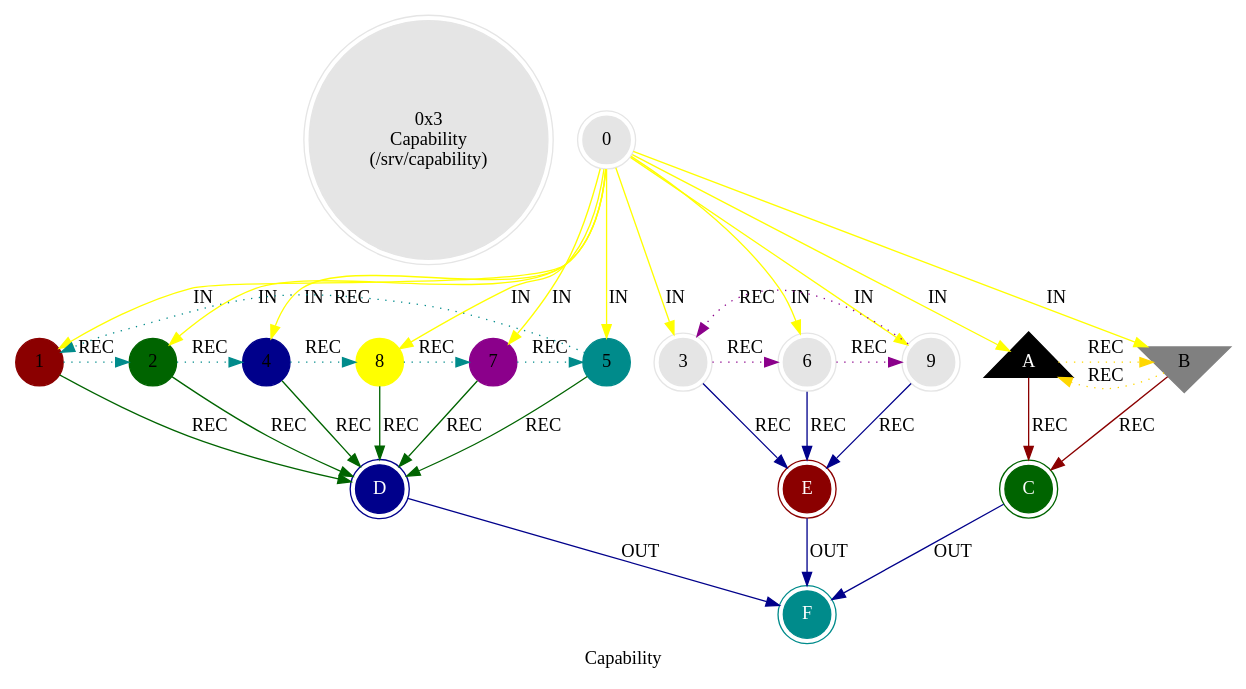
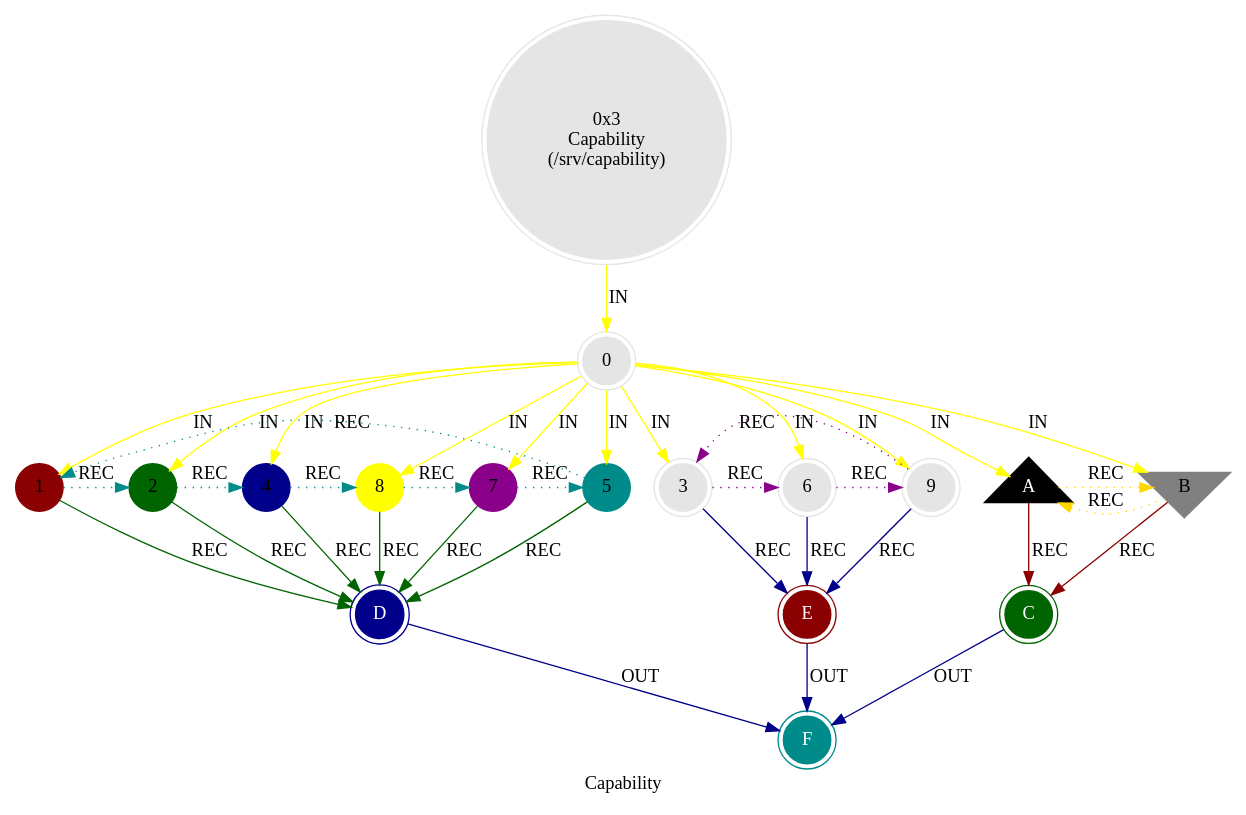
The diagram in src/core/mythos_sys_capability.dot (cilang/mythos), drawn with Graphviz before and after one commit. The commit also changed 5 other files, not shown here.

```diff
--- a/src/core/mythos_sys_capability.dot
+++ b/src/core/mythos_sys_capability.dot
@@ -1,44 +1,44 @@
 digraph G {
     label = "Capability";
     style = filled;
     color = red;
     comment = "";
     node [shape = polygon; sides = 6; style = filled; color = grey90;];
     
     spark_3_mythos_t [label = "0x3\nCapability\n(/srv/capability)";shape = doublecircle;];
     
     // The Sacred 3-6-9 (Boundary of Perception).
     // "If you knew the magnificence of 3, 6, and 9, you would have a key to the universe." — Tesla.
     // The 1-2-4-8-7-5 Vortex (Boundary of Comprehension).
-    spark_0_t [label = "0";shape = doublecircle;comment = "";];
-    spark_1_t [label = "1";shape = circle;color = darkred;comment = "";];
-    spark_2_t [label = "2";shape = circle;color = darkgreen;comment = "";];
-    spark_4_t [label = "4";shape = circle;color = darkblue;comment = "";];
-    spark_8_t [label = "8";shape = circle;color = yellow;comment = "";];
-    spark_7_t [label = "7";shape = circle;color = darkmagenta;comment = "";];
-    spark_5_t [label = "5";shape = circle;color = darkcyan;comment = "";];
-    spark_3_t [label = "3";shape = doublecircle;comment = "";];
-    spark_6_t [label = "6";shape = doublecircle;comment = "";];
-    spark_9_t [label = "9";shape = doublecircle;comment = "";];
-    spark_a_t [label = "A";shape = triangle;color = black;fontcolor = white;comment = "";];
-    spark_b_t [label = "B";shape = invtriangle;color = grey;comment = "";];
-    spark_c_t [label = "C";shape = doublecircle;color = darkgreen;style = filled;fontcolor = white;];
-    spark_d_t [label = "D";shape = doublecircle;color = darkblue;style = filled;fontcolor = white;];
-    spark_e_t [label = "E";shape = doublecircle;color = darkred;style = filled;fontcolor = white;];
-    spark_f_t [label = "F";shape = doublecircle;color = darkcyan;style = filled;fontcolor = white;];
+    spark_0_capability_t [label = "0";shape = doublecircle;comment = "";];
+    spark_1_capability_t [label = "1";shape = circle;color = darkred;comment = "";];
+    spark_2_capability_t [label = "2";shape = circle;color = darkgreen;comment = "";];
+    spark_4_capability_t [label = "4";shape = circle;color = darkblue;comment = "";];
+    spark_8_capability_t [label = "8";shape = circle;color = yellow;comment = "";];
+    spark_7_capability_t [label = "7";shape = circle;color = darkmagenta;comment = "";];
+    spark_5_capability_t [label = "5";shape = circle;color = darkcyan;comment = "";];
+    spark_3_capability_t [label = "3";shape = doublecircle;comment = "";];
+    spark_6_capability_t [label = "6";shape = doublecircle;comment = "";];
+    spark_9_capability_t [label = "9";shape = doublecircle;comment = "";];
+    spark_a_capability_t [label = "A";shape = triangle;color = black;fontcolor = white;comment = "";];
+    spark_b_capability_t [label = "B";shape = invtriangle;color = grey;comment = "";];
+    spark_c_capability_t [label = "C";shape = doublecircle;color = darkgreen;style = filled;fontcolor = white;];
+    spark_d_capability_t [label = "D";shape = doublecircle;color = darkblue;style = filled;fontcolor = white;];
+    spark_e_capability_t [label = "E";shape = doublecircle;color = darkred;style = filled;fontcolor = white;];
+    spark_f_capability_t [label = "F";shape = doublecircle;color = darkcyan;style = filled;fontcolor = white;];
     
     // IN = Input
     // OUT = Output
     // REC = Recursion
-    spark_0_t -> {spark_a_t spark_b_t spark_1_t spark_2_t spark_3_t spark_4_t spark_5_t spark_6_t spark_7_t spark_8_t spark_9_t} [label = "IN"; color = yellow; comment = "";];
+    spark_3_mythos_t -> spark_0_capability_t -> {spark_a_capability_t spark_b_capability_t spark_1_capability_t spark_2_capability_t spark_3_capability_t spark_4_capability_t spark_5_capability_t spark_6_capability_t spark_7_capability_t spark_8_capability_t spark_9_capability_t} [label = "IN"; color = yellow; comment = "";];
     
-    {spark_a_t spark_b_t} -> spark_c_t [label = "REC"; color = darkred; comment = "";];
-    {spark_1_t spark_2_t spark_4_t spark_8_t spark_7_t spark_5_t} -> spark_d_t [label = "REC"; color = darkgreen; comment = "";];
-    {spark_3_t spark_6_t spark_9_t} -> spark_e_t [label = "REC"; color = darkblue; comment = "";];
+    {spark_a_capability_t spark_b_capability_t} -> spark_c_capability_t [label = "REC"; color = darkred; comment = "";];
+    {spark_1_capability_t spark_2_capability_t spark_4_capability_t spark_8_capability_t spark_7_capability_t spark_5_capability_t} -> spark_d_capability_t [label = "REC"; color = darkgreen; comment = "";];
+    {spark_3_capability_t spark_6_capability_t spark_9_capability_t} -> spark_e_capability_t [label = "REC"; color = darkblue; comment = "";];
     
-    spark_1_t -> spark_2_t -> spark_4_t -> spark_8_t -> spark_7_t -> spark_5_t -> spark_1_t [label = "REC"; color = darkcyan; comment = ""; style = dotted; constraint = false;];
-    spark_3_t -> spark_6_t -> spark_9_t -> spark_3_t [label = "REC"; color = darkmagenta; comment = ""; style = dotted; constraint = false;];
-    spark_a_t -> spark_b_t -> spark_a_t [label = "REC"; color = gold; comment = ""; style = dotted; constraint = false;];
+    spark_1_capability_t -> spark_2_capability_t -> spark_4_capability_t -> spark_8_capability_t -> spark_7_capability_t -> spark_5_capability_t -> spark_1_capability_t [label = "REC"; color = darkcyan; comment = ""; style = dotted; constraint = false;];
+    spark_3_capability_t -> spark_6_capability_t -> spark_9_capability_t -> spark_3_capability_t [label = "REC"; color = darkmagenta; comment = ""; style = dotted; constraint = false;];
+    spark_a_capability_t -> spark_b_capability_t -> spark_a_capability_t [label = "REC"; color = gold; comment = ""; style = dotted; constraint = false;];
     
-    {spark_c_t spark_d_t spark_e_t} -> spark_f_t [label = "OUT"; color = darkblue; comment = "";];
+    {spark_c_capability_t spark_d_capability_t spark_e_capability_t} -> spark_f_capability_t [label = "OUT"; color = darkblue; comment = "";];
 }
```
